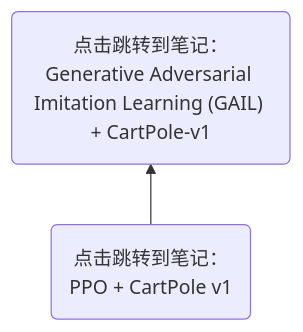
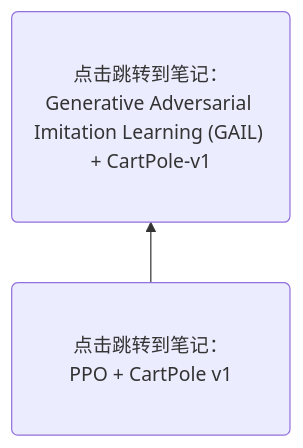
One commit to Gaoshu-root/Code-related-courses changed the diagram in 笔记封存/test.md. Above: the diagram before and after it, drawn with Mermaid.

````diff
--- a/笔记封存/test.md
+++ b/笔记封存/test.md
@@ -2,8 +2,9 @@
 ```mermaid
 graph BT
     classDef wide padding:200px;
     P1("点击跳转到笔记：<br>PPO + CartPole v1") --> P2("点击跳转到笔记：<br>Generative Adversarial Imitation Learning (GAIL) + CartPole-v1")
     click P1 "https://github.com/Gaoshu-root/Code-related-courses/blob/main/RL2024/PPO_%2B_CartPole_v1_.ipynb"
     click P2 "https://github.com/Gaoshu-root/Code-related-courses/blob/main/RL2024/Generative%20Adversarial%20Imitation%20Learning(GAIL)/Generative%20Adversarial%20Imitation%20Learning%20(GAIL)%20%2B%20CartPole-v1%20.ipynb"
+   class P1,P2 wide
 
 ```
````
